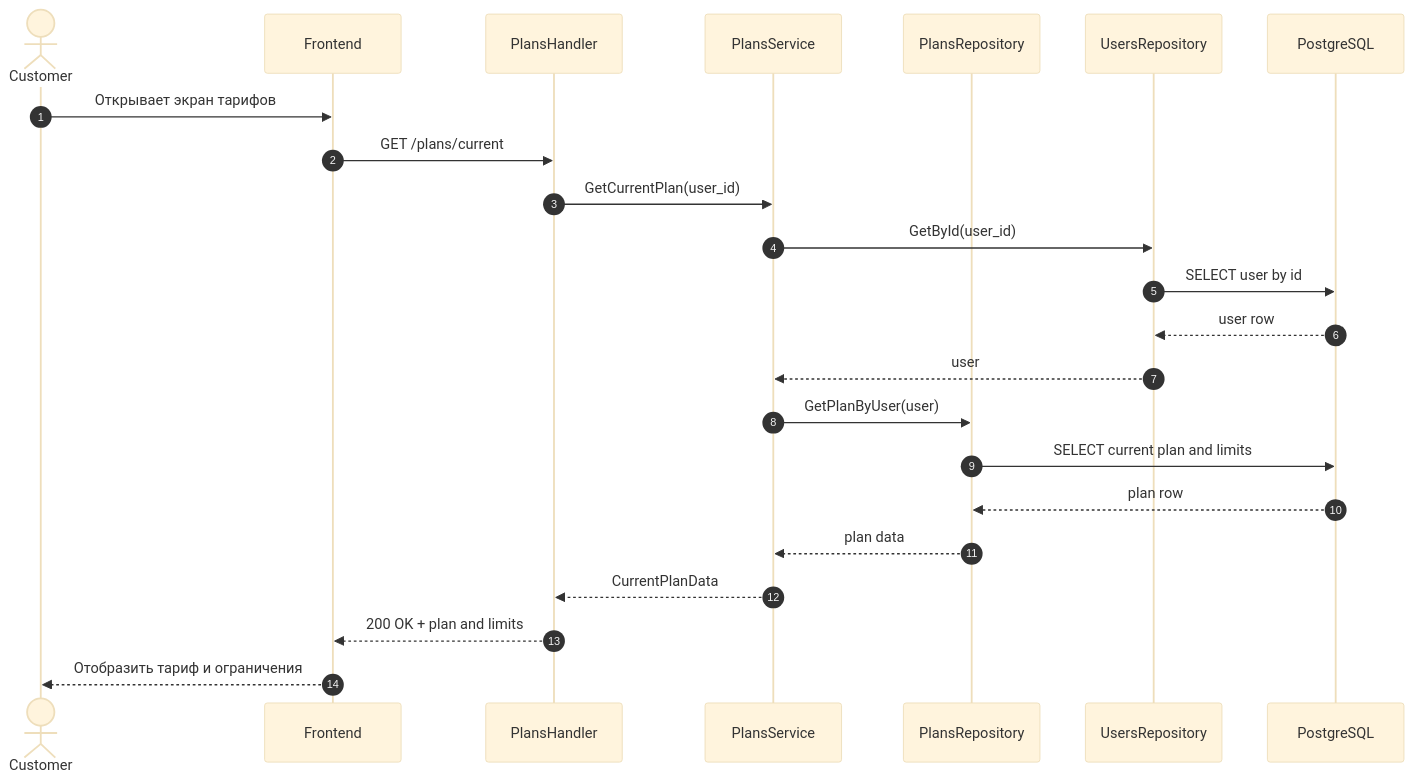
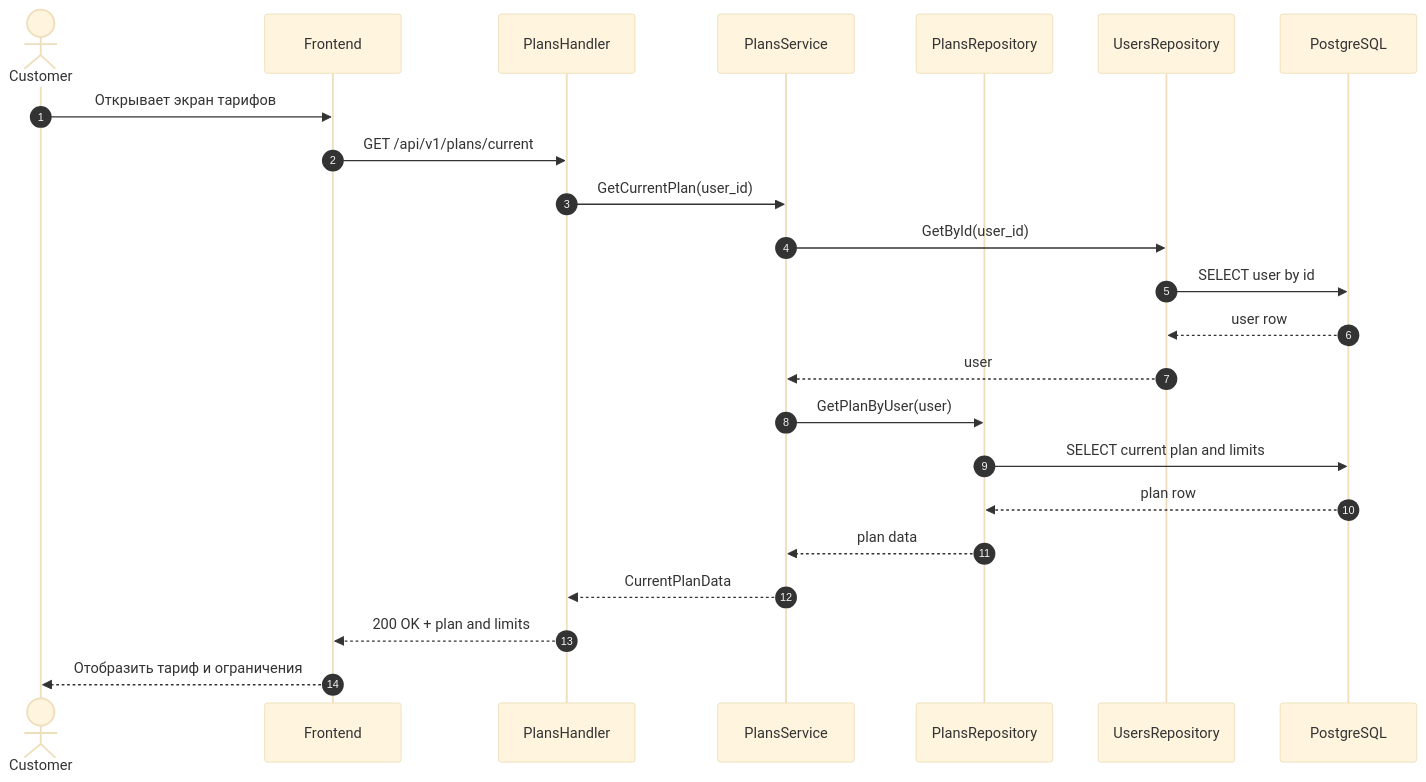
Before and after one commit to k3llone/TrackLink: the diagram in docs/Sequence/SD-25.md, drawn with Mermaid (base theme). The commit also changed other lines of this file and 33 other files, not shown here.

````diff
--- a/docs/Sequence/SD-25.md
+++ b/docs/Sequence/SD-25.md
@@ -3,31 +5,31 @@
 ```mermaid
 sequenceDiagram
     autonumber
 
     actor Customer
     participant FE as Frontend
     participant PH as PlansHandler
     participant PS as PlansService
     participant PR as PlansRepository
     participant UR as UsersRepository
     participant DB as PostgreSQL
 
     Customer->>FE: Открывает экран тарифов
-    FE->>PH: GET /plans/current
+    FE->>PH: GET /api/v1/plans/current
 
     PH->>PS: GetCurrentPlan(user_id)
 
     PS->>UR: GetById(user_id)
     UR->>DB: SELECT user by id
     DB-->>UR: user row
     UR-->>PS: user
 
     PS->>PR: GetPlanByUser(user)
     PR->>DB: SELECT current plan and limits
     DB-->>PR: plan row
     PR-->>PS: plan data
 
     PS-->>PH: CurrentPlanData
     PH-->>FE: 200 OK + plan and limits
     FE-->>Customer: Отобразить тариф и ограничения
 ```
````
